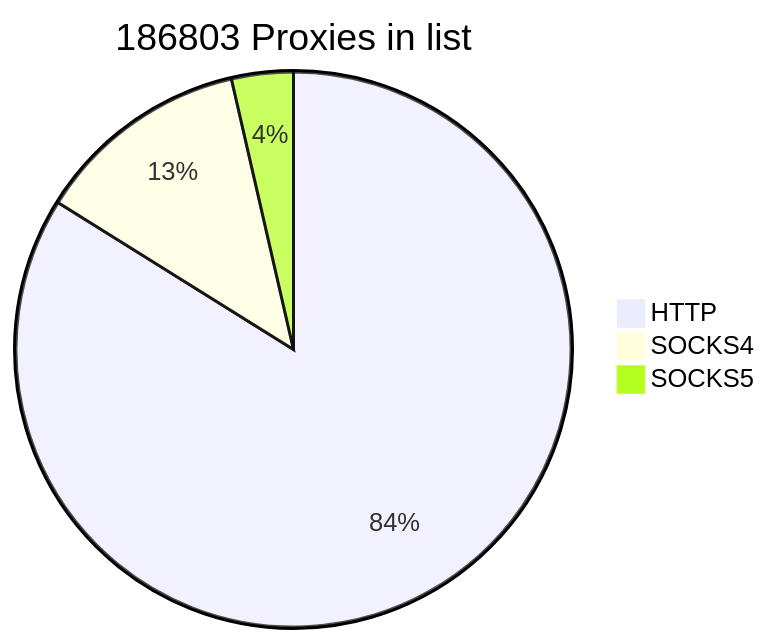
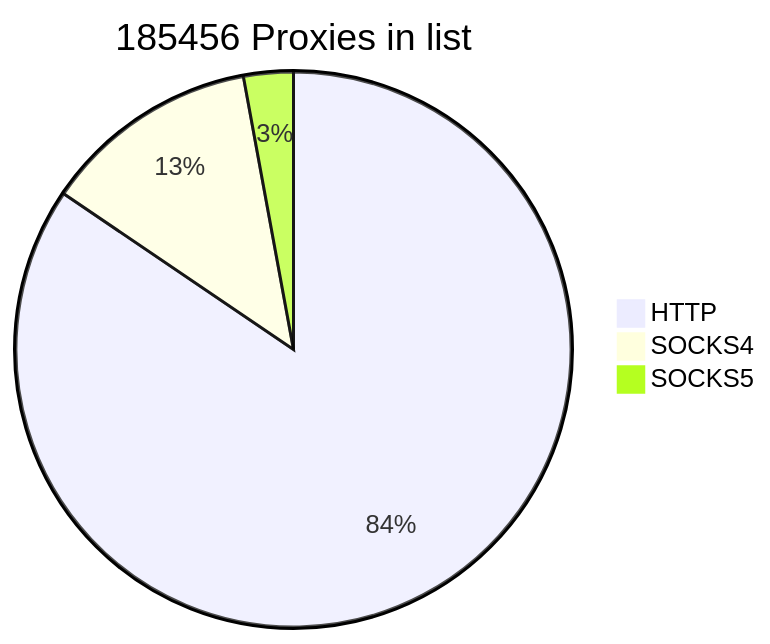
Before and after one commit to cutipu/proxylist: the first of 2 diagrams in README.md, drawn with Mermaid. The commit also changed other lines of this file, not shown here.

````diff
--- a/README.md
+++ b/README.md
@@ -2,7 +2,7 @@
 ```mermaid
-pie title 186803 Proxies in list
+pie title 185456 Proxies in list
     "HTTP" : 156683
-    "SOCKS4" : 23414
-    "SOCKS5" : 6706
+    "SOCKS4" : 23412
+    "SOCKS5" : 5361
             
 ```
````
